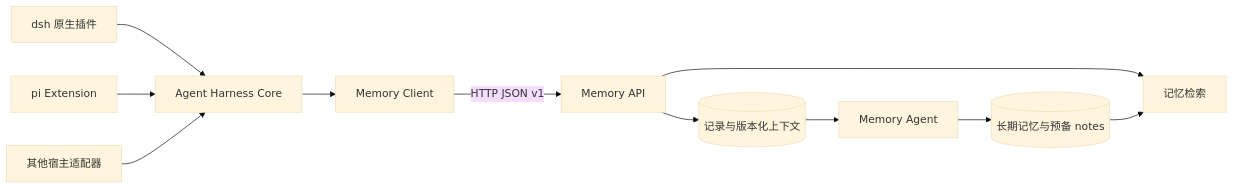
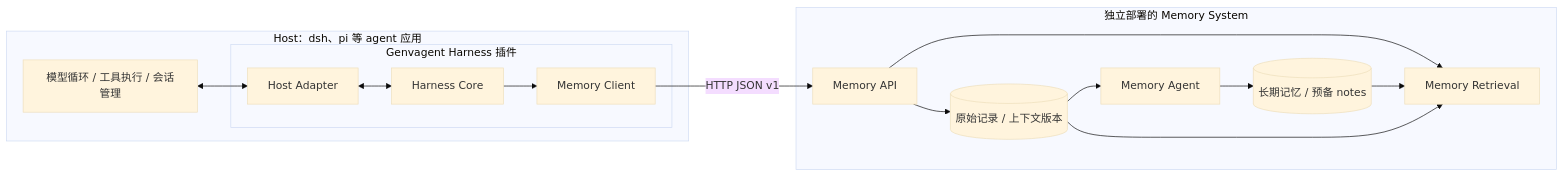
Before and after one commit to langsfang/ga: the diagram in docs/architecture.md, drawn with Mermaid (base theme). The commit also changed other lines of this file and 4 other files, not shown here.

````diff
--- a/docs/architecture.md
+++ b/docs/architecture.md
@@ -19,13 +25,28 @@
 ```mermaid
 flowchart LR
-    D[dsh 原生插件] --> H[Agent Harness Core]
-    P[pi Extension] --> H
-    O[其他宿主适配器] --> H
-    H --> C[Memory Client]
-    C -->|HTTP JSON v1| A[Memory API]
-    A --> S[(记录与版本化上下文)]
-    A --> R[记忆检索]
-    S --> M[Memory Agent]
-    M --> N[(长期记忆与预备 notes)]
-    N --> R
+    subgraph HostApp["Host：dsh、pi 等 agent 应用"]
+        E[模型循环 / 工具执行 / 会话管理]
+        subgraph Plugin["Genvagent Harness 插件"]
+            D[Host Adapter]
+            H[Harness Core]
+            C[Memory Client]
+            D <--> H
+            H --> C
+        end
+        E <--> D
+    end
+    subgraph Memory["独立部署的 Memory System"]
+        A[Memory API]
+        S[(原始记录 / 上下文版本)]
+        R[Memory Retrieval]
+        M[Memory Agent]
+        N[(长期记忆 / 预备 notes)]
+        A --> S
+        A --> R
+        S --> M
+        M --> N
+        N --> R
+        S --> R
+    end
+    C -->|HTTP JSON v1| A
 ```
````
